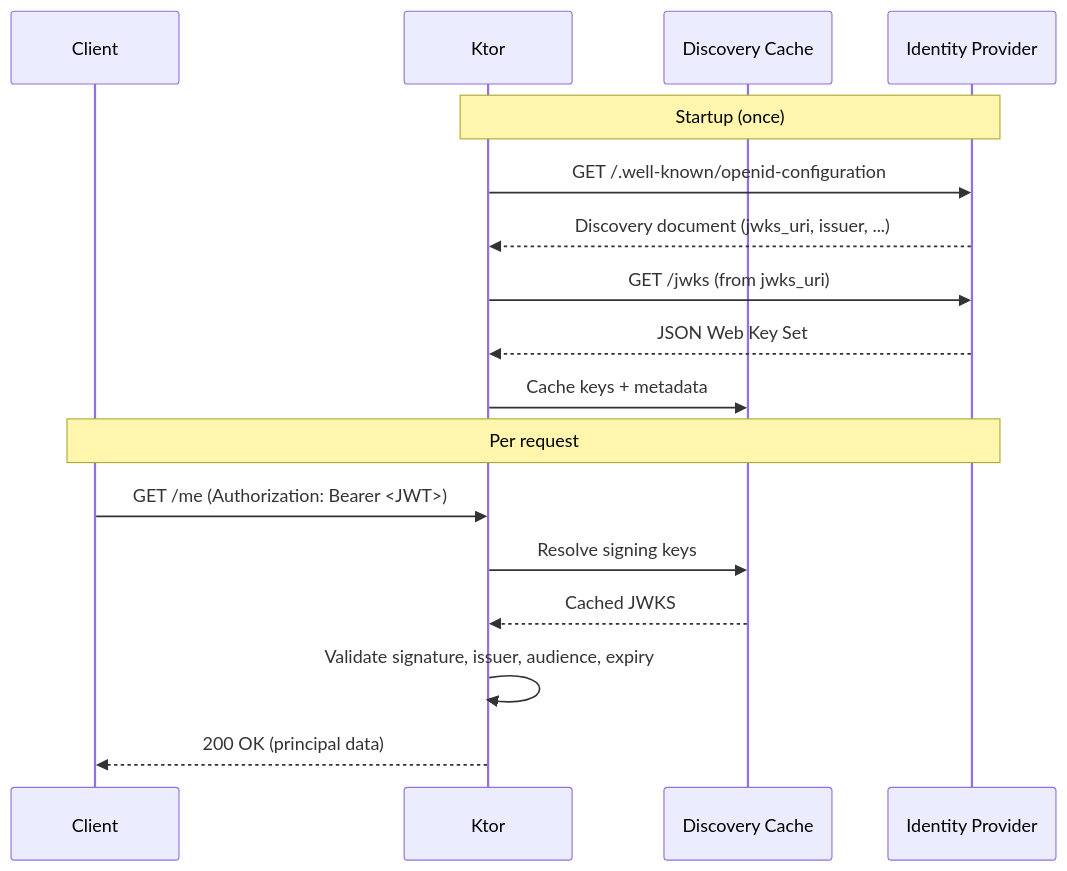
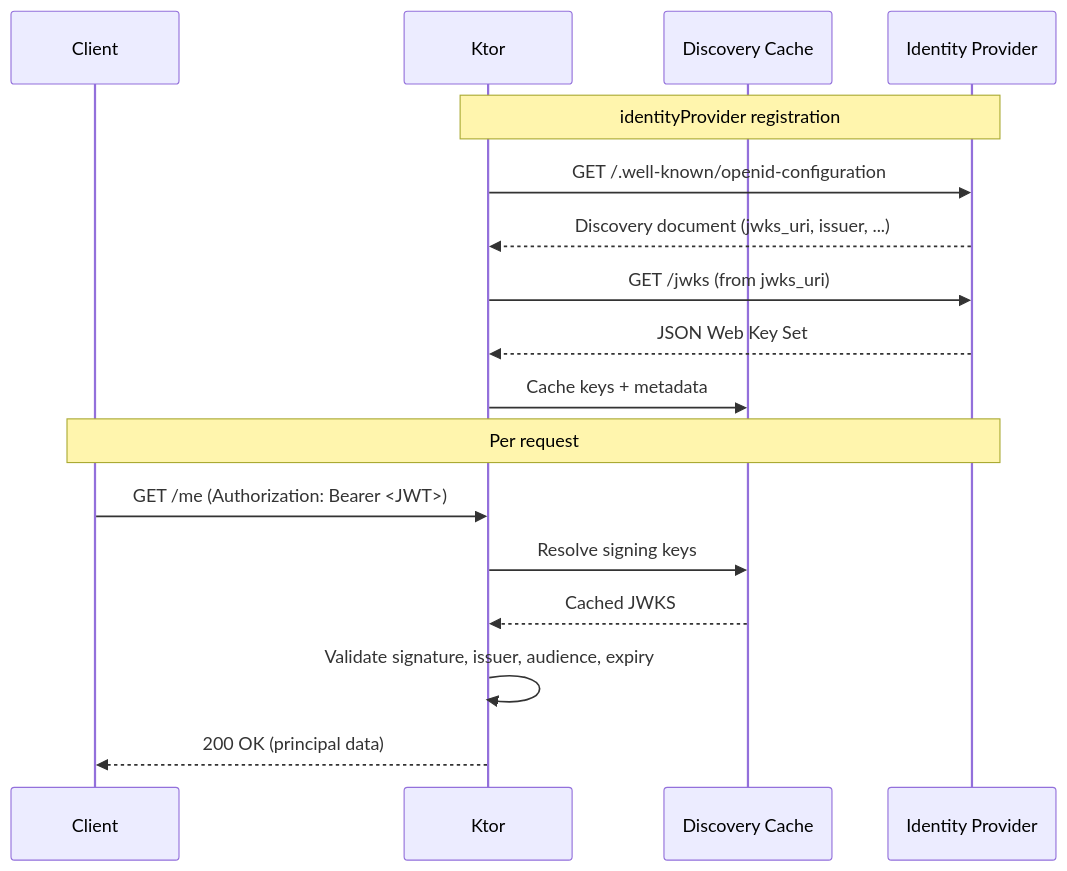
Before and after one commit to ktorio/ktor-klip: the first of 2 diagrams in proposals/0007-openid-connect-auth-3.5.md, drawn with Mermaid. The commit also changed other lines of this file, not shown here.

````diff
--- a/proposals/0007-openid-connect-auth-3.5.md
+++ b/proposals/0007-openid-connect-auth-3.5.md
@@ -145,21 +137,19 @@
 ```mermaid
 sequenceDiagram
     participant Client
     participant Ktor
     participant DiscoveryCache as Discovery Cache
     participant IDP as Identity Provider
-
-    Note over Ktor,IDP: Startup (once)
-    Ktor->>IDP: GET /.well-known/openid-configuration
-    IDP-->>Ktor: Discovery document (jwks_uri, issuer, ...)
-    Ktor->>IDP: GET /jwks (from jwks_uri)
-    IDP-->>Ktor: JSON Web Key Set
-    Ktor->>DiscoveryCache: Cache keys + metadata
-
-    Note over Client,IDP: Per request
-    Client->>Ktor: GET /me (Authorization: Bearer <JWT>)
-    Ktor->>DiscoveryCache: Resolve signing keys
-    DiscoveryCache-->>Ktor: Cached JWKS
-    Ktor->>Ktor: Validate signature, issuer, audience, expiry
-    Ktor-->>Client: 200 OK (principal data)
+    Note over Ktor, IDP: identityProvider registration
+    Ktor ->> IDP: GET /.well-known/openid-configuration
+    IDP -->> Ktor: Discovery document (jwks_uri, issuer, ...)
+    Ktor ->> IDP: GET /jwks (from jwks_uri)
+    IDP -->> Ktor: JSON Web Key Set
+    Ktor ->> DiscoveryCache: Cache keys + metadata
+    Note over Client, IDP: Per request
+    Client ->> Ktor: GET /me (Authorization: Bearer <JWT>)
+    Ktor ->> DiscoveryCache: Resolve signing keys
+    DiscoveryCache -->> Ktor: Cached JWKS
+    Ktor ->> Ktor: Validate signature, issuer, audience, expiry
+    Ktor -->> Client: 200 OK (principal data)
 ```
````
